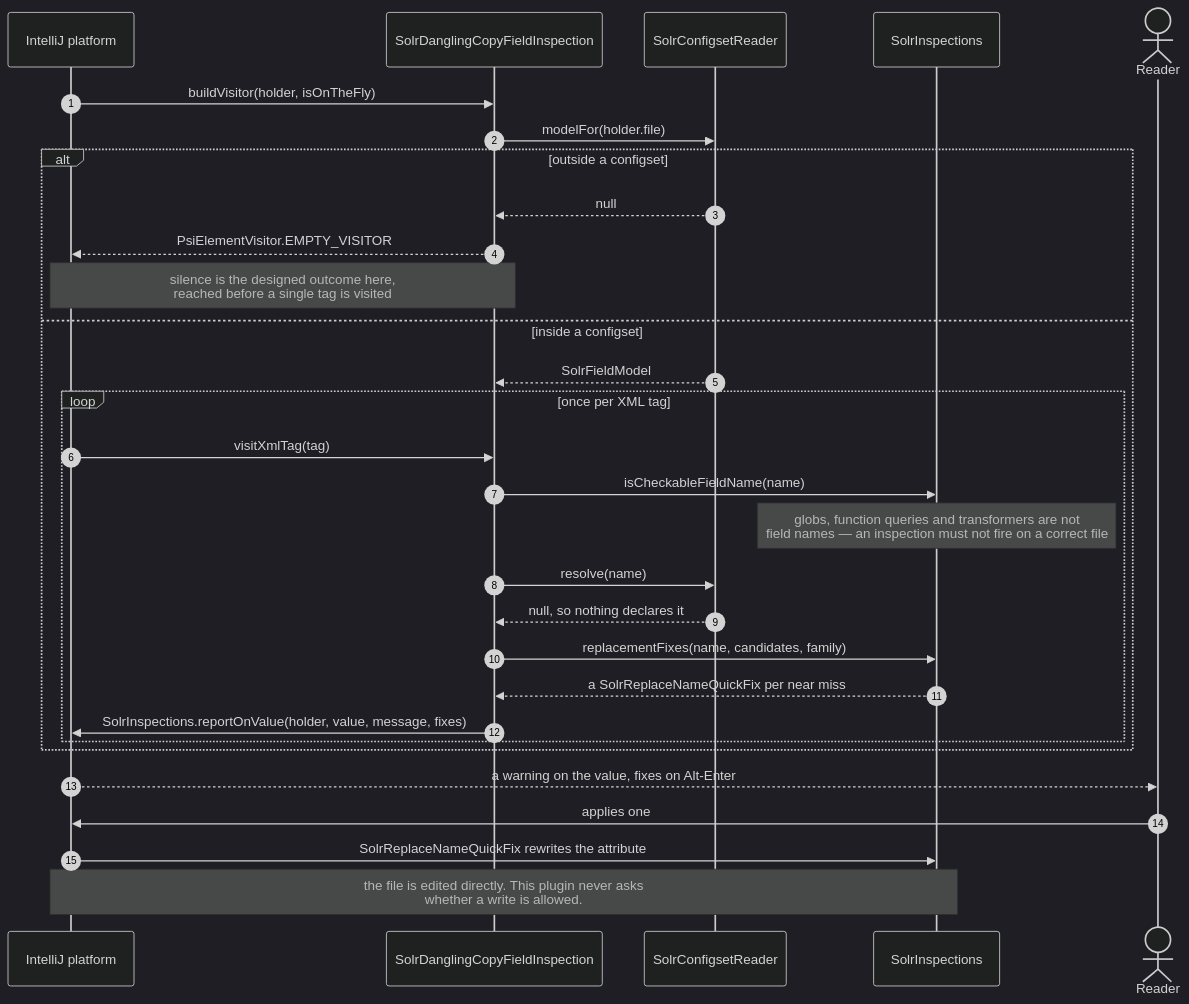
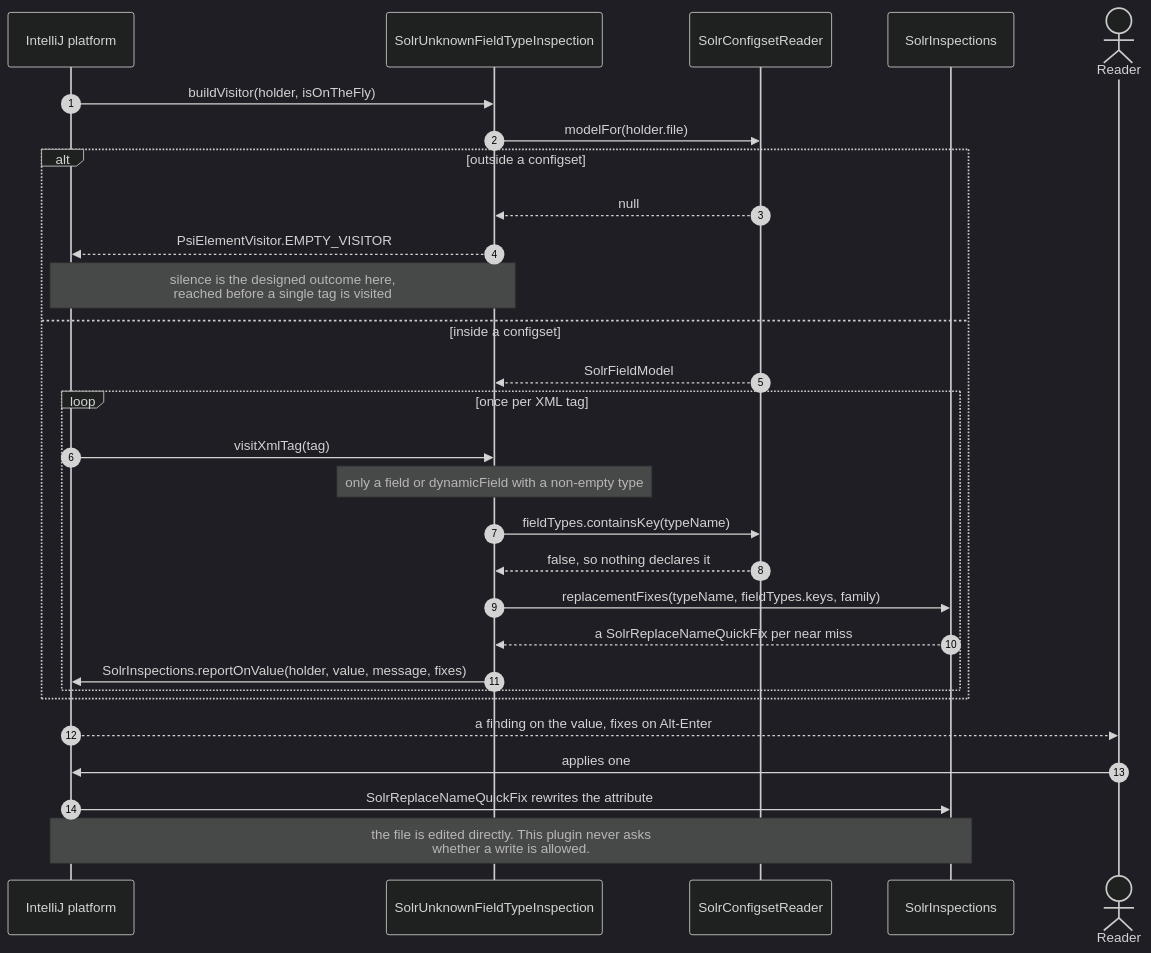
Before and after one commit to adityamparikh/solr-intellij-plugin: the diagram in docs/how-to/add-an-editor-feature.md, drawn with Mermaid (dark theme). The commit also changed other lines of this file and 6 other files, not shown here.

````diff
--- a/docs/how-to/add-an-editor-feature.md
+++ b/docs/how-to/add-an-editor-feature.md
@@ -30,35 +22,34 @@
 ```mermaid
 sequenceDiagram
     autonumber
     participant IDE as IntelliJ platform
-    participant Inspection as SolrDanglingCopyFieldInspection
+    participant Inspection as SolrUnknownFieldTypeInspection
     participant Model as SolrConfigsetReader
     participant Helpers as SolrInspections
     actor Reader
 
     IDE->>Inspection: buildVisitor(holder, isOnTheFly)
     Inspection->>Model: modelFor(holder.file)
 
     alt outside a configset
         Model-->>Inspection: null
         Inspection-->>IDE: PsiElementVisitor.EMPTY_VISITOR
         Note over Inspection,IDE: silence is the designed outcome here,<br/>reached before a single tag is visited
     else inside a configset
         Model-->>Inspection: SolrFieldModel
         loop once per XML tag
             IDE->>Inspection: visitXmlTag(tag)
-            Inspection->>Helpers: isCheckableFieldName(name)
-            Note over Helpers: globs, function queries and transformers are not<br/>field names — an inspection must not fire on a correct file
-            Inspection->>Model: resolve(name)
-            Model-->>Inspection: null, so nothing declares it
-            Inspection->>Helpers: replacementFixes(name, candidates, family)
+            Note over Inspection: only a field or dynamicField with a non-empty type
+            Inspection->>Model: fieldTypes.containsKey(typeName)
+            Model-->>Inspection: false, so nothing declares it
+            Inspection->>Helpers: replacementFixes(typeName, fieldTypes.keys, family)
             Helpers-->>Inspection: a SolrReplaceNameQuickFix per near miss
             Inspection->>IDE: SolrInspections.reportOnValue(holder, value, message, fixes)
         end
     end
 
-    IDE-->>Reader: a warning on the value, fixes on Alt-Enter
+    IDE-->>Reader: a finding on the value, fixes on Alt-Enter
     Reader->>IDE: applies one
     IDE->>Helpers: SolrReplaceNameQuickFix rewrites the attribute
     Note over IDE,Helpers: the file is edited directly. This plugin never asks<br/>whether a write is allowed.
 ```
````
